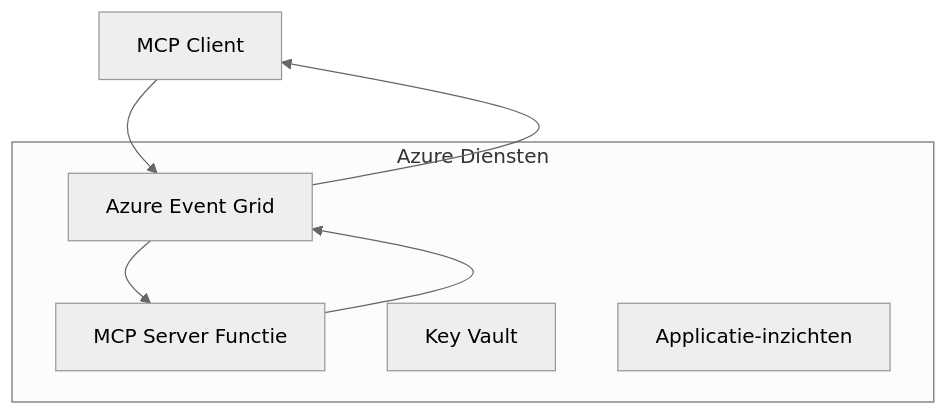
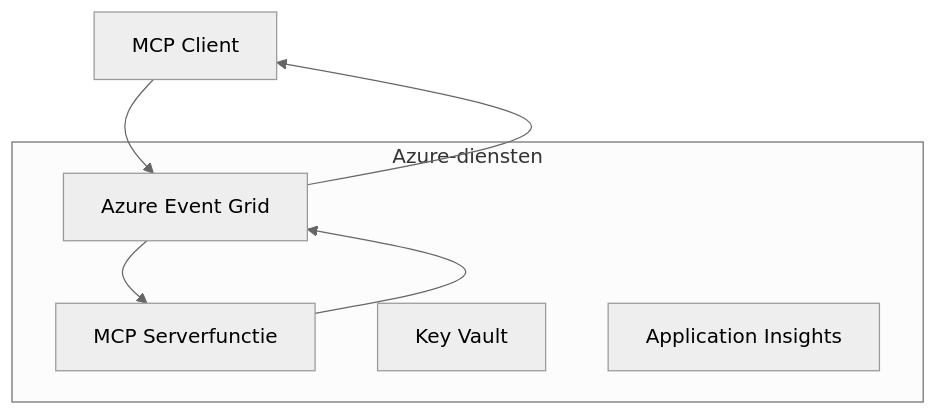
Before and after one commit to HIDORAKAI002/ai-workspace-archive: the first of 2 diagrams in mcp_ecosystem__model_context_protocol/mcp_learning_resources/mcp-for-beginners/translations/nl/05-AdvancedTopics/mcp-transport/README.md, drawn with Mermaid (neutral theme). The commit also changed other lines of this file and 1046 other files, not shown here.

````diff
--- a/mcp_ecosystem__model_context_protocol/mcp_learning_resources/mcp-for-beginners/translations/nl/05-AdvancedTopics/mcp-transport/README.md
+++ b/mcp_ecosystem__model_context_protocol/mcp_learning_resources/mcp-for-beginners/translations/nl/05-AdvancedTopics/mcp-transport/README.md
@@ -58,14 +60,14 @@
 ```mermaid
 graph TB
     Client[MCP Client] --> EG[Azure Event Grid]
-    EG --> Server[MCP Server Functie]
+    EG --> Server[MCP Serverfunctie]
     Server --> EG
     EG --> Client
     
-    subgraph "Azure Diensten"
+    subgraph "Azure-diensten"
         EG
         Server
         KV[Key Vault]
-        Monitor[Applicatie-inzichten]
+        Monitor[Application Insights]
     end
 ```
````
